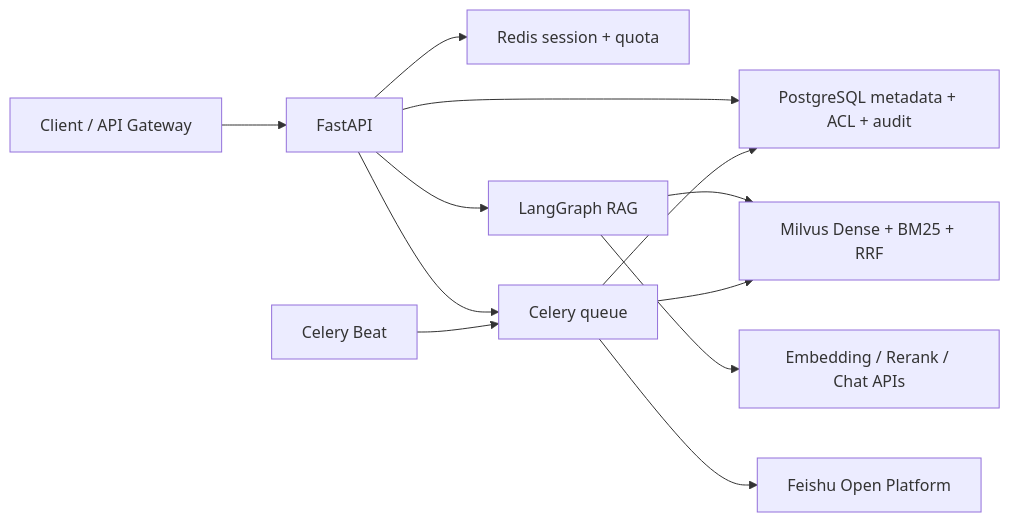
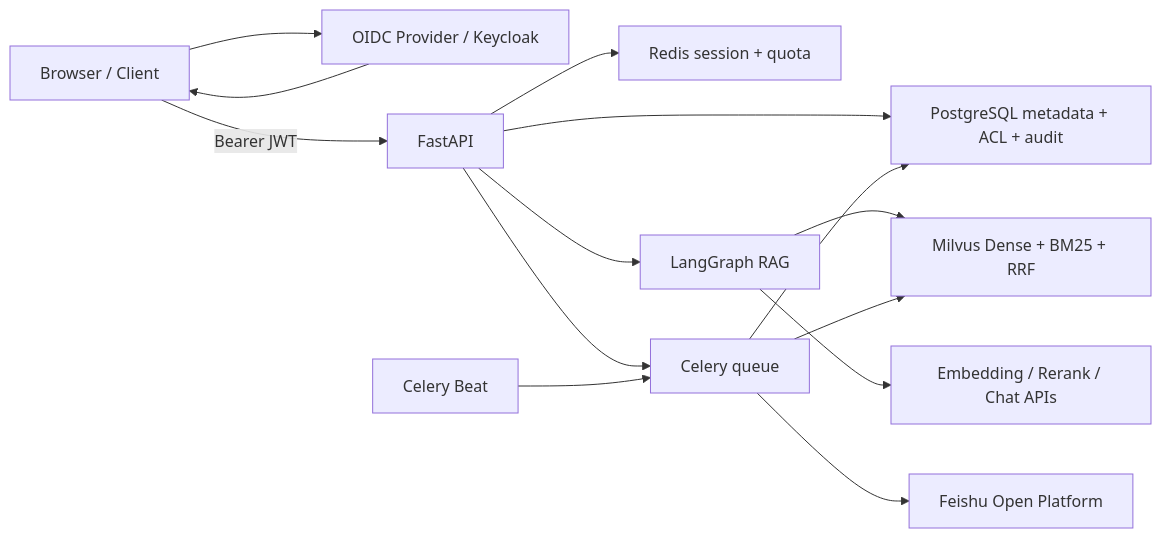
Before and after one commit to WWSS11/enterprise-rag: the diagram in README.md, drawn with Mermaid. The commit also changed other lines of this file and 28 other files, not shown here.

Commit message:
feat: add oidc jwt authentication

````diff
--- a/README.md
+++ b/README.md
@@ -26,14 +27,16 @@
 ```mermaid
 flowchart LR
-    Client["Client / API Gateway"] --> API["FastAPI"]
+    Client["Browser / Client"] --> OIDC["OIDC Provider / Keycloak"]
+    OIDC --> Client
+    Client -->|"Bearer JWT"| API["FastAPI"]
     API --> PG["PostgreSQL metadata + ACL + audit"]
     API --> Redis["Redis session + quota"]
     API --> Graph["LangGraph RAG"]
     Graph --> Milvus["Milvus Dense + BM25 + RRF"]
     Graph --> Models["Embedding / Rerank / Chat APIs"]
     API --> Celery["Celery queue"]
     Beat["Celery Beat"] --> Celery
     Celery --> PG
     Celery --> Milvus
     Celery --> Feishu["Feishu Open Platform"]
 ```
````
